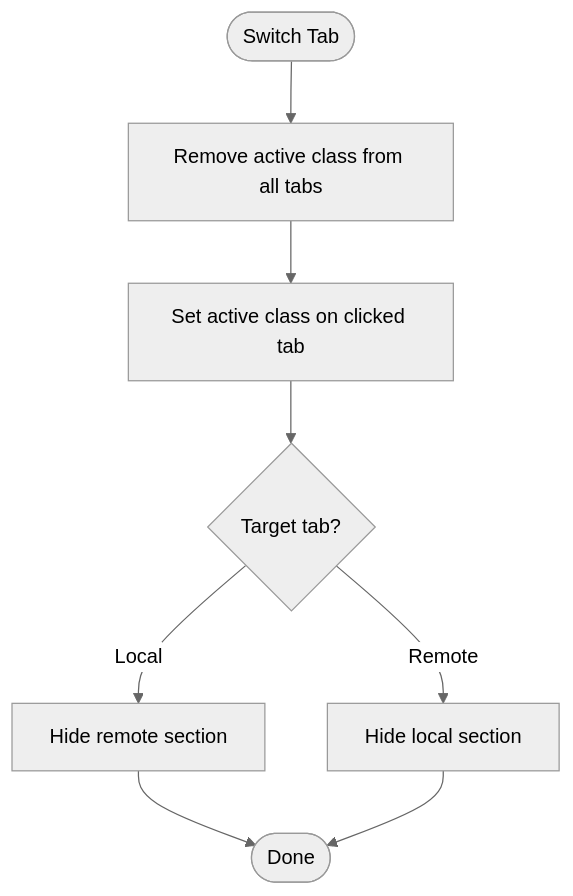
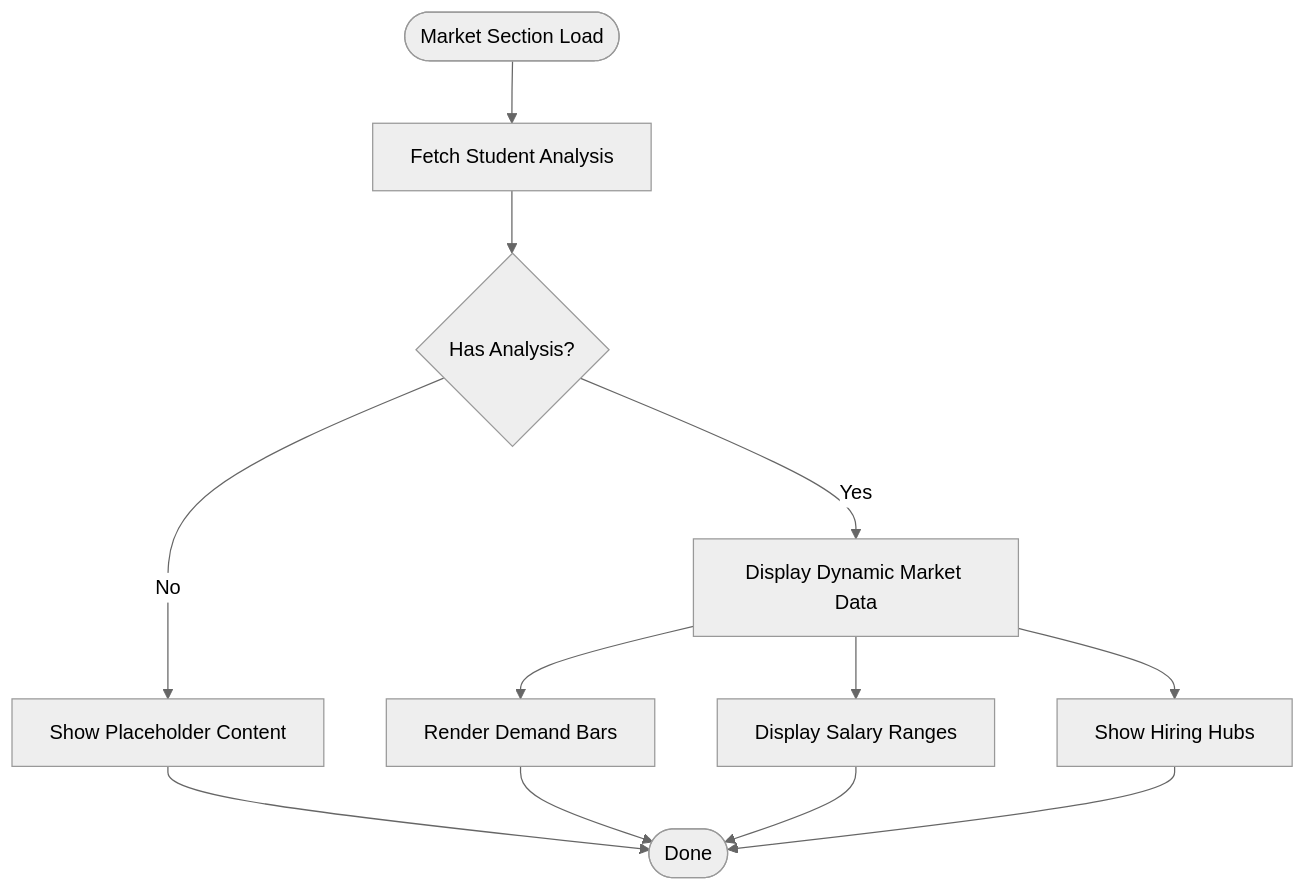
Before and after one commit to Alishba-Moin/CareerCompass: the fifth of 6 diagrams in .qoder/repowiki/en/content/Customization Guide.md, drawn with Mermaid (neutral theme). The commit also changed other lines of this file and 38 other files, not shown here.

Commit message:
Add Roadmap pdf download option

````diff
--- a/.qoder/repowiki/en/content/Customization Guide.md
+++ b/.qoder/repowiki/en/content/Customization Guide.md
@@ -192,10 +235,14 @@
 ```mermaid
 flowchart TD
-Start(["Switch Tab"]) --> ClearActive["Remove active class from all tabs"]
-ClearActive --> SetActive["Set active class on clicked tab"]
-SetActive --> CheckTab{"Target tab?"}
-CheckTab --> |Local| HideRemote["Hide remote section"]
-CheckTab --> |Remote| HideLocal["Hide local section"]
-HideRemote --> End(["Done"])
-HideLocal --> End
+Start(["Market Section Load"]) --> FetchData["Fetch Student Analysis"]
+FetchData --> CheckAnalysis{"Has Analysis?"}
+CheckAnalysis --> |Yes| DisplayData["Display Dynamic Market Data"]
+CheckAnalysis --> |No| ShowPlaceholder["Show Placeholder Content"]
+DisplayData --> DemandBars["Render Demand Bars"]
+DisplayData --> SalaryRanges["Display Salary Ranges"]
+DisplayData --> HubsList["Show Hiring Hubs"]
+ShowPlaceholder --> End(["Done"])
+DemandBars --> End
+SalaryRanges --> End
+HubsList --> End
 ```
````
